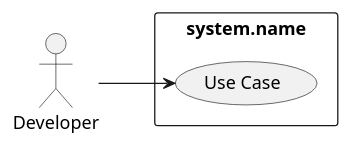
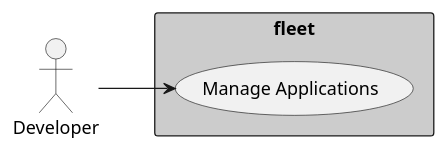
Before and after one commit to CAADE/fleet: the diagram in docs/Actors/Developer/UseCases.puml, drawn with PlantUML. The commit also changed 46 other files, not shown here.

Commit message:
Documentation updates to Developer Actor and Manage Application Use Case

```diff
--- a/docs/Actors/Developer/UseCases.puml
+++ b/docs/Actors/Developer/UseCases.puml
@@ -1,13 +1,13 @@
 @startuml
 
 left to right direction
 
 :Developer: as Actor
 
-rectangle "system.name" {
-    (Use Case) as U1
+rectangle "fleet" #cccccc {
+    (Manage Applications) as U1
 }
 
 Actor --> U1
 
 @enduml
```
